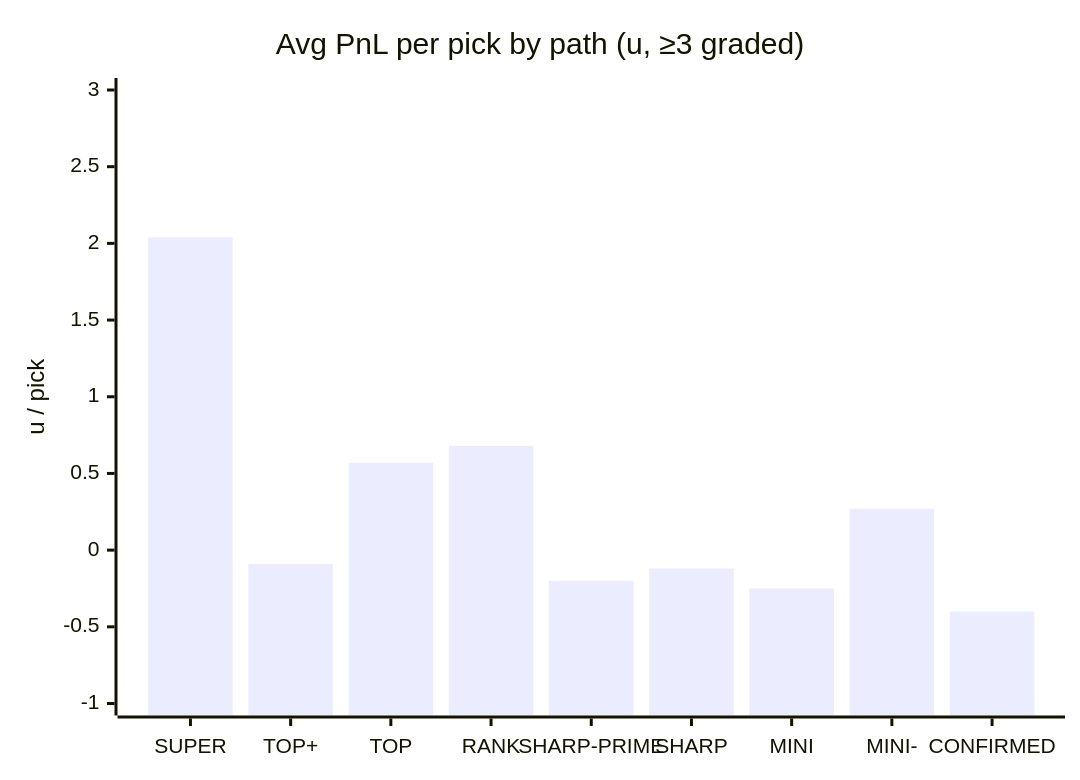
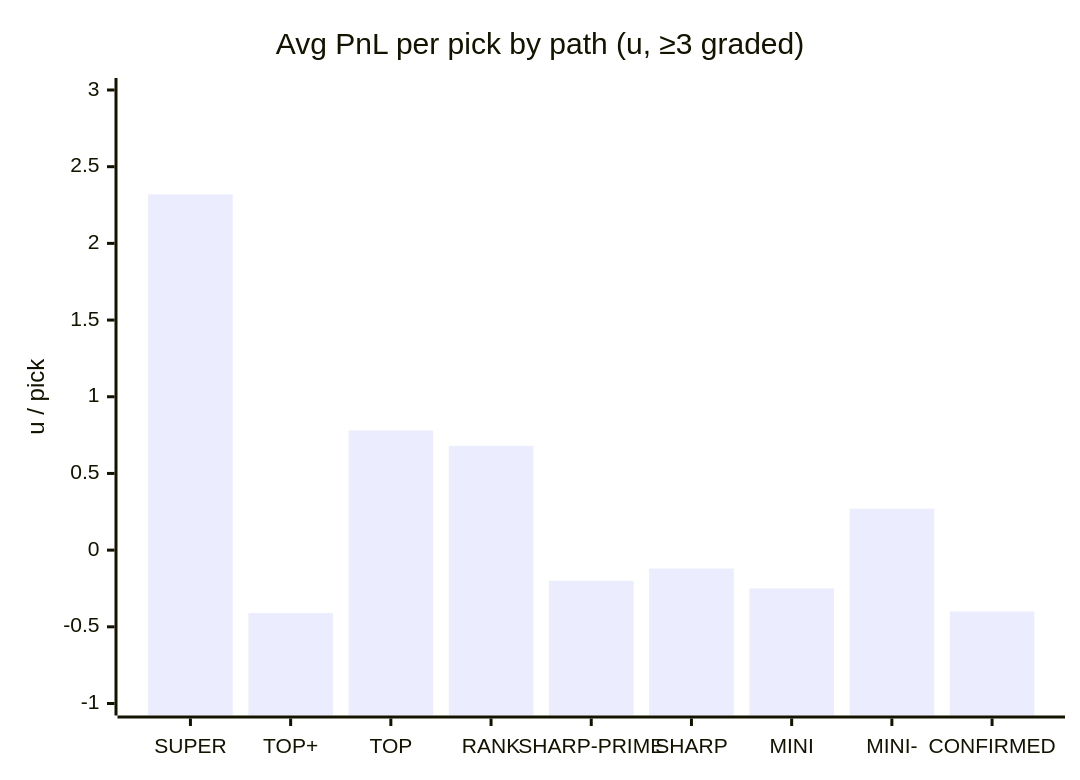
The third of 5 diagrams in DAILY_AGSU_REPORT.md (dpk1212/nhl-savant), drawn with Mermaid before and after one commit. The commit also changed other lines of this file, not shown here.

````diff
--- a/DAILY_AGSU_REPORT.md
+++ b/DAILY_AGSU_REPORT.md
@@ -342,7 +339,7 @@
 ```mermaid
 xychart-beta
     title "Avg PnL per pick by path (u, ≥3 graded)"
     x-axis ["SUPER", "TOP+", "TOP", "RANK", "SHARP-PRIME", "SHARP", "MINI", "MINI-", "CONFIRMED"]
     y-axis "u / pick" -1 --> 3
-    bar [2.04, -0.09, 0.57, 0.68, -0.2, -0.12, -0.25, 0.27, -0.4]
+    bar [2.32, -0.41, 0.78, 0.68, -0.2, -0.12, -0.25, 0.27, -0.4]
 ```
````
